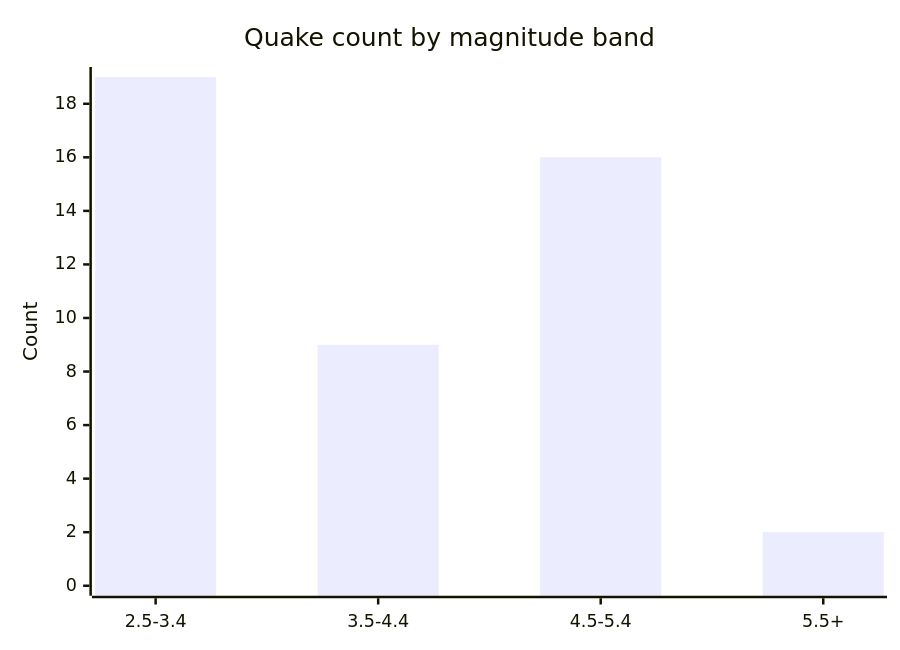
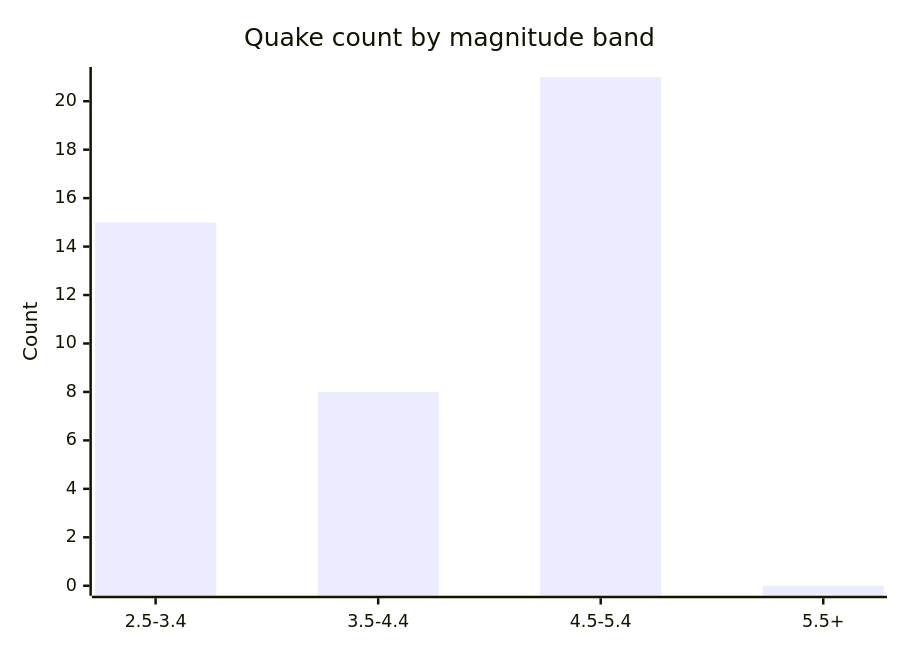
One commit to Midwest-Stratospheric/aerostratospheric-defense-gir changed the fifth of 6 diagrams in docs/GRAPHS.md. Above: the diagram before and after it, drawn with Mermaid. The commit also changed other lines of this file and 25 other files, not shown here.

````diff
--- a/docs/GRAPHS.md
+++ b/docs/GRAPHS.md
@@ -82,7 +82,7 @@
 ```mermaid
 xychart-beta
   title "Quake count by magnitude band"
   x-axis ["2.5-3.4", "3.5-4.4", "4.5-5.4", "5.5+"]
-  y-axis "Count" 0 --> 19
-  bar [19, 9, 16, 2]
+  y-axis "Count" 0 --> 21
+  bar [15, 8, 21, 0]
 ```
````
